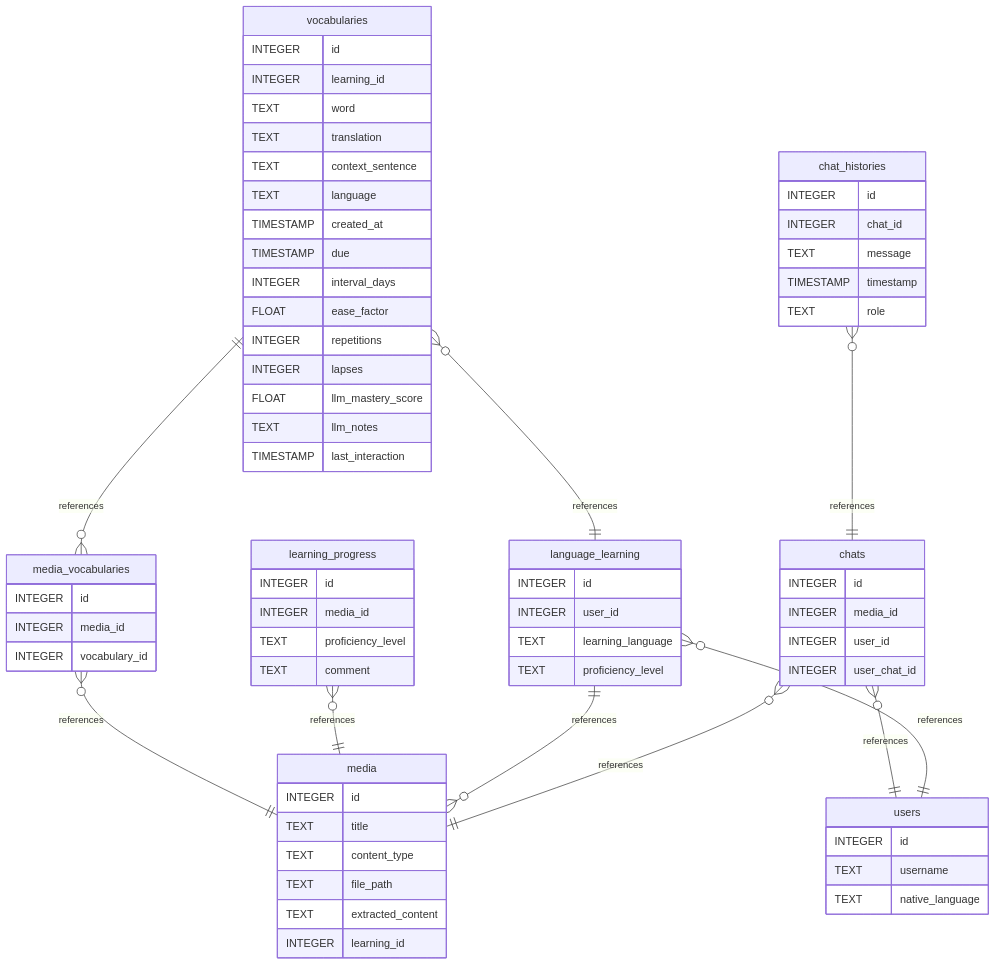
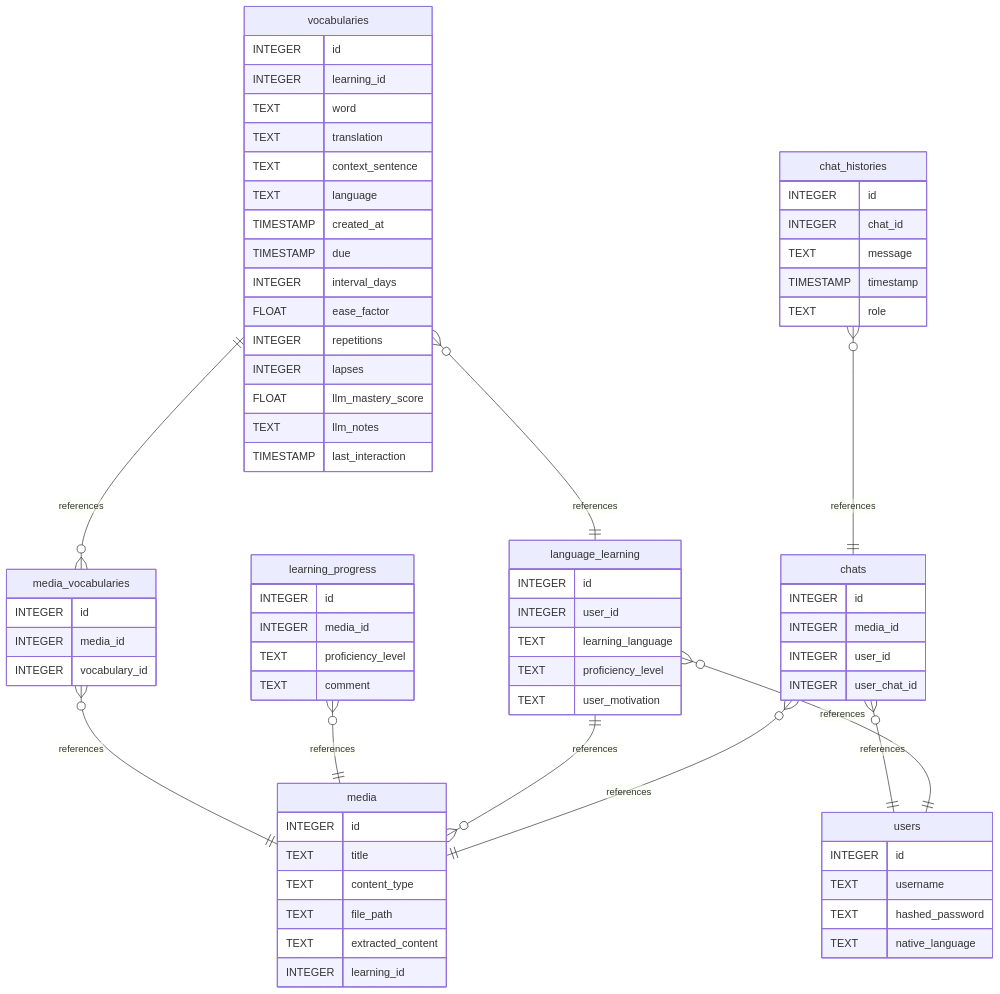
The second of 2 diagrams in README.md (BurkhardtJan/Dengwa-AI), drawn with Mermaid before and after one commit. The commit also changed other lines of this file and 23 other files, not shown here.

````diff
--- a/README.md
+++ b/README.md
@@ -215,80 +228,82 @@
 ```mermaid
 erDiagram
     chat_histories }o--|| chats: references
     chats }o--|| media: references
     language_learning }o--|| users: references
     language_learning ||--o{ media: references
     learning_progress }o--|| media: references
     media_vocabularies }o--|| media: references
     vocabularies ||--o{ media_vocabularies: references
     vocabularies }o--|| language_learning: references
     chats }o--|| users: references
 
     users {
         INTEGER id
         TEXT username
+        TEXT hashed_password
         TEXT native_language
     }
 
     media {
         INTEGER id
         TEXT title
         TEXT content_type
         TEXT file_path
         TEXT extracted_content
         INTEGER learning_id
     }
 
     vocabularies {
         INTEGER id
         INTEGER learning_id
         TEXT word
         TEXT translation
         TEXT context_sentence
         TEXT language
         TIMESTAMP created_at
         TIMESTAMP due
         INTEGER interval_days
         FLOAT ease_factor
         INTEGER repetitions
         INTEGER lapses
         FLOAT llm_mastery_score
         TEXT llm_notes
         TIMESTAMP last_interaction
     }
 
     chats {
         INTEGER id
         INTEGER media_id
         INTEGER user_id
         INTEGER user_chat_id
     }
 
     chat_histories {
         INTEGER id
         INTEGER chat_id
         TEXT message
         TIMESTAMP timestamp
         TEXT role
     }
 
     language_learning {
         INTEGER id
         INTEGER user_id
         TEXT learning_language
         TEXT proficiency_level
+        TEXT user_motivation
     }
 
     learning_progress {
         INTEGER id
         INTEGER media_id
         TEXT proficiency_level
         TEXT comment
     }
 
     media_vocabularies {
         INTEGER id
         INTEGER media_id
         INTEGER vocabulary_id
     }
 ```
````
